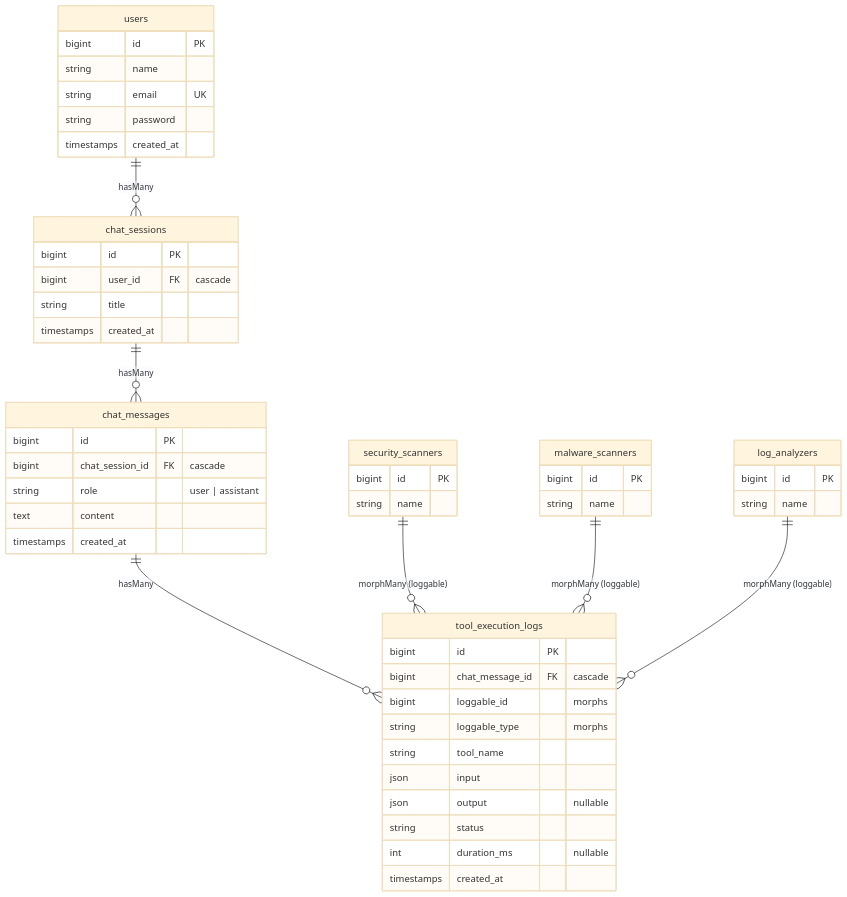
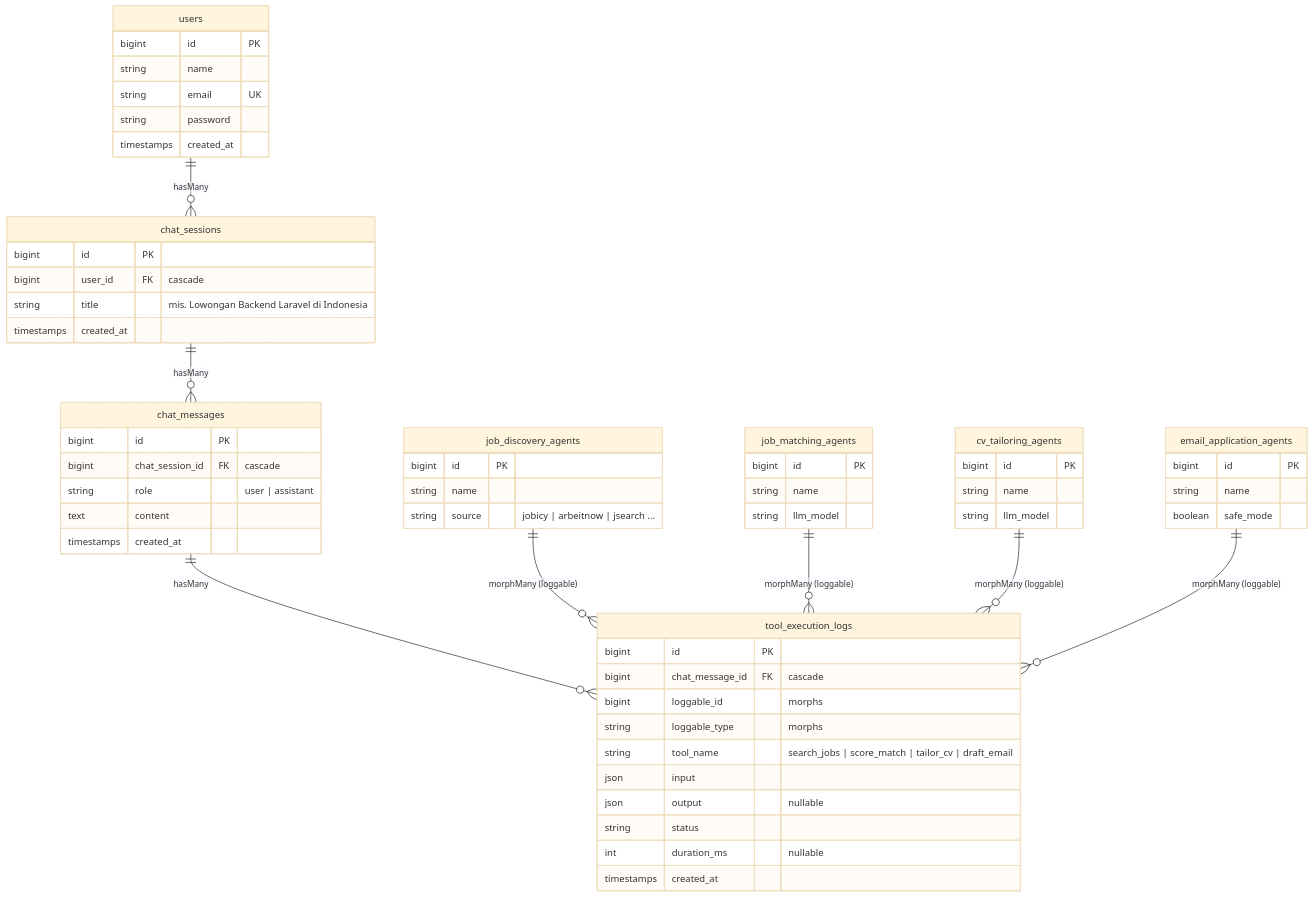
One commit to StillFurball/ORM changed the diagram in README.md. Above: the diagram before and after it, drawn with Mermaid (base theme). The commit also changed other lines of this file and 23 other files, not shown here.

````diff
--- a/README.md
+++ b/README.md
@@ -7,54 +14,63 @@
 ```mermaid
 erDiagram
     users ||--o{ chat_sessions : "hasMany"
     chat_sessions ||--o{ chat_messages : "hasMany"
     chat_messages ||--o{ tool_execution_logs : "hasMany"
-    security_scanners ||--o{ tool_execution_logs : "morphMany (loggable)"
-    malware_scanners ||--o{ tool_execution_logs : "morphMany (loggable)"
-    log_analyzers ||--o{ tool_execution_logs : "morphMany (loggable)"
+    job_discovery_agents ||--o{ tool_execution_logs : "morphMany (loggable)"
+    job_matching_agents ||--o{ tool_execution_logs : "morphMany (loggable)"
+    cv_tailoring_agents ||--o{ tool_execution_logs : "morphMany (loggable)"
+    email_application_agents ||--o{ tool_execution_logs : "morphMany (loggable)"
 
     users {
         bigint id PK
         string name
         string email UK
         string password
         timestamps created_at
     }
     chat_sessions {
         bigint id PK
         bigint user_id FK "cascade"
-        string title
+        string title "mis. Lowongan Backend Laravel di Indonesia"
         timestamps created_at
     }
     chat_messages {
         bigint id PK
         bigint chat_session_id FK "cascade"
         string role "user | assistant"
         text content
         timestamps created_at
     }
     tool_execution_logs {
         bigint id PK
         bigint chat_message_id FK "cascade"
         bigint loggable_id "morphs"
         string loggable_type "morphs"
-        string tool_name
+        string tool_name "search_jobs | score_match | tailor_cv | draft_email"
         json input
         json output "nullable"
         string status
         int duration_ms "nullable"
         timestamps created_at
     }
-    security_scanners {
+    job_discovery_agents {
         bigint id PK
         string name
+        string source "jobicy | arbeitnow | jsearch ..."
     }
-    malware_scanners {
+    job_matching_agents {
         bigint id PK
         string name
+        string llm_model
     }
-    log_analyzers {
+    cv_tailoring_agents {
         bigint id PK
         string name
+        string llm_model
+    }
+    email_application_agents {
+        bigint id PK
+        string name
+        boolean safe_mode
     }
 ```
````
